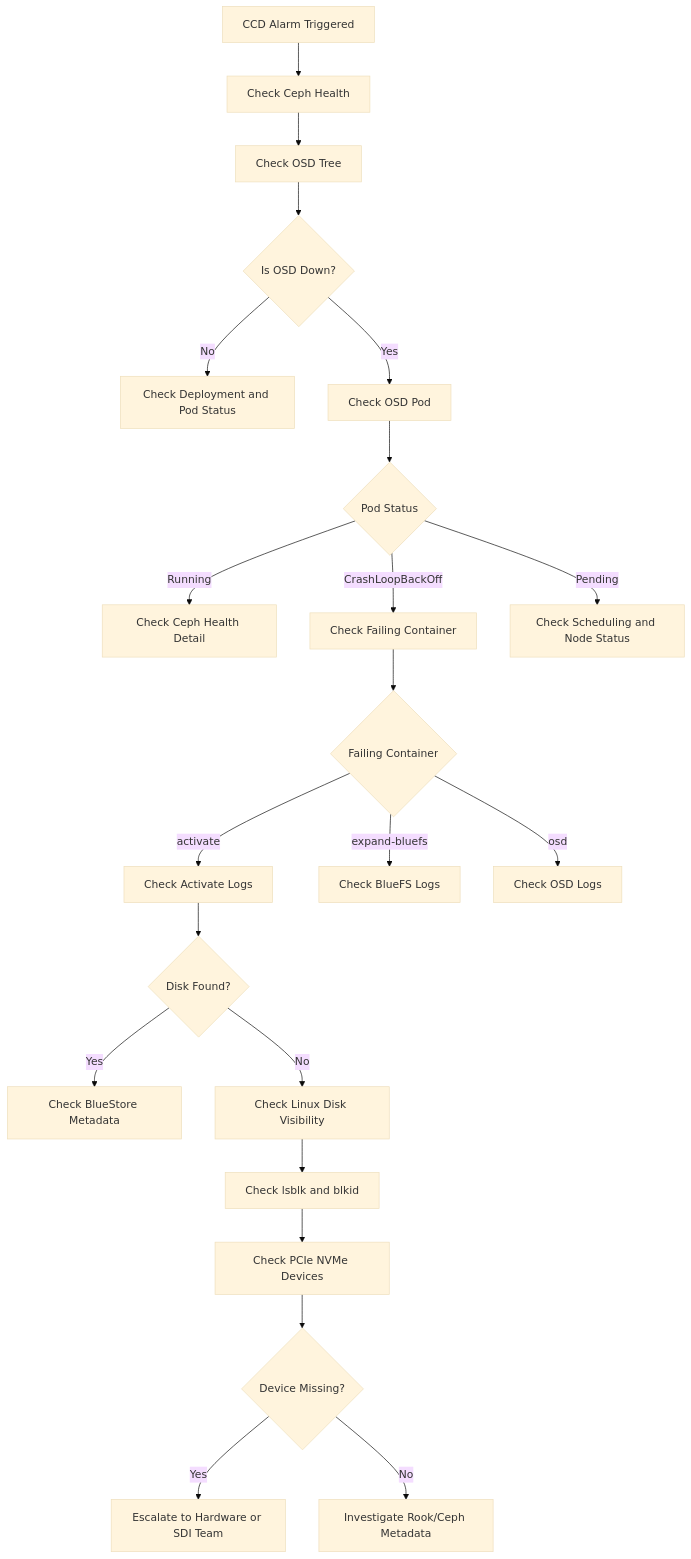
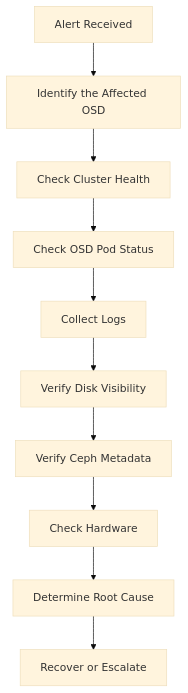
The first of 2 diagrams in README.md (Priyanka-987/ceph-osd-troubleshooting-lab), drawn with Mermaid (base theme) before and after one commit.

````diff
--- a/README.md
+++ b/README.md
@@ -18,30 +18,12 @@
 ```mermaid
 flowchart TD
-    A[CCD Alarm Triggered] --> B[Check Ceph Health]
-    B --> C[Check OSD Tree]
-    C --> D{Is OSD Down?}
-
-    D -->|No| E[Check Deployment and Pod Status]
-    D -->|Yes| F[Check OSD Pod]
-
-    F --> G{Pod Status}
-    G -->|Running| H[Check Ceph Health Detail]
-    G -->|CrashLoopBackOff| I[Check Failing Container]
-    G -->|Pending| J[Check Scheduling and Node Status]
-
-    I --> K{Failing Container}
-    K -->|activate| L[Check Activate Logs]
-    K -->|expand-bluefs| M[Check BlueFS Logs]
-    K -->|osd| N[Check OSD Logs]
-
-    L --> O{Disk Found?}
-    O -->|Yes| P[Check BlueStore Metadata]
-    O -->|No| Q[Check Linux Disk Visibility]
-
-    Q --> R[Check lsblk and blkid]
-    R --> S[Check PCIe NVMe Devices]
-    S --> T{Device Missing?}
-
-    T -->|Yes| U[Escalate to Hardware or SDI Team]
-    T -->|No| V[Investigate Rook/Ceph Metadata]
+    A[Alert Received] --> B[Identify the Affected OSD]
+    B --> C[Check Cluster Health]
+    C --> D[Check OSD Pod Status]
+    D --> E[Collect Logs]
+    E --> F[Verify Disk Visibility]
+    F --> G[Verify Ceph Metadata]
+    G --> H[Check Hardware]
+    H --> I[Determine Root Cause]
+    I --> J[Recover or Escalate]
 ```
````
